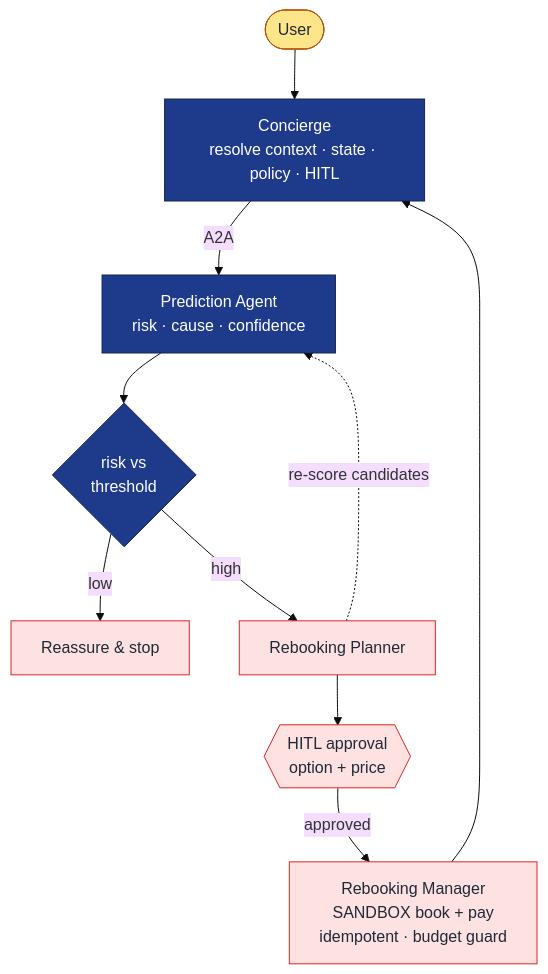
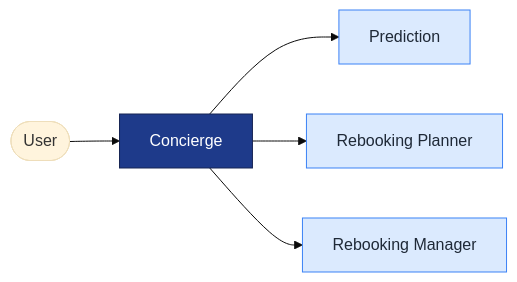
One commit to sonijigar/kaggle-capstone-ai-agents changed the first of 3 diagrams in docs/DESIGN.md. Above: the diagram before and after it, drawn with Mermaid (base theme). The commit also changed other lines of this file and 1 other file, not shown here.

First line of the commit message:
docs: simplify architecture diagrams to bare agent trees

````diff
--- a/docs/DESIGN.md
+++ b/docs/DESIGN.md
@@ -32,19 +31,12 @@
 ```mermaid
-flowchart TD
-    U([User]) --> C[Concierge<br/>resolve context · state · policy · HITL]
-    C -->|A2A| P[Prediction Agent<br/>risk · cause · confidence]
-    P --> D{risk vs<br/>threshold}
-    D -->|low| RE[Reassure &amp; stop]
-    D -->|high| PL[Rebooking Planner]
-    PL -. re-score candidates .-> P
-    PL --> G{{HITL approval<br/>option + price}}
-    G -->|approved| M[Rebooking Manager<br/>SANDBOX book + pay<br/>idempotent · budget guard]
-    M --> C
+flowchart LR
+    U([User]) --> C[Concierge]
+    C --> P[Prediction]
+    C --> PL[Rebooking Planner]
+    C --> M[Rebooking Manager]
 
-    classDef user fill:#fde68a,stroke:#b45309,color:#1f2937;
-    classDef orch fill:#1e3a8a,stroke:#172554,color:#ffffff;
-    classDef action fill:#fee2e2,stroke:#dc2626,color:#1f2937;
-    class U user;
-    class C,P,D orch;
-    class RE,PL,G,M action;
+    classDef hub fill:#1e3a8a,stroke:#172554,color:#ffffff;
+    classDef agent fill:#dbeafe,stroke:#3b82f6,color:#1f2937;
+    class C hub;
+    class P,PL,M agent;
 ```
````
